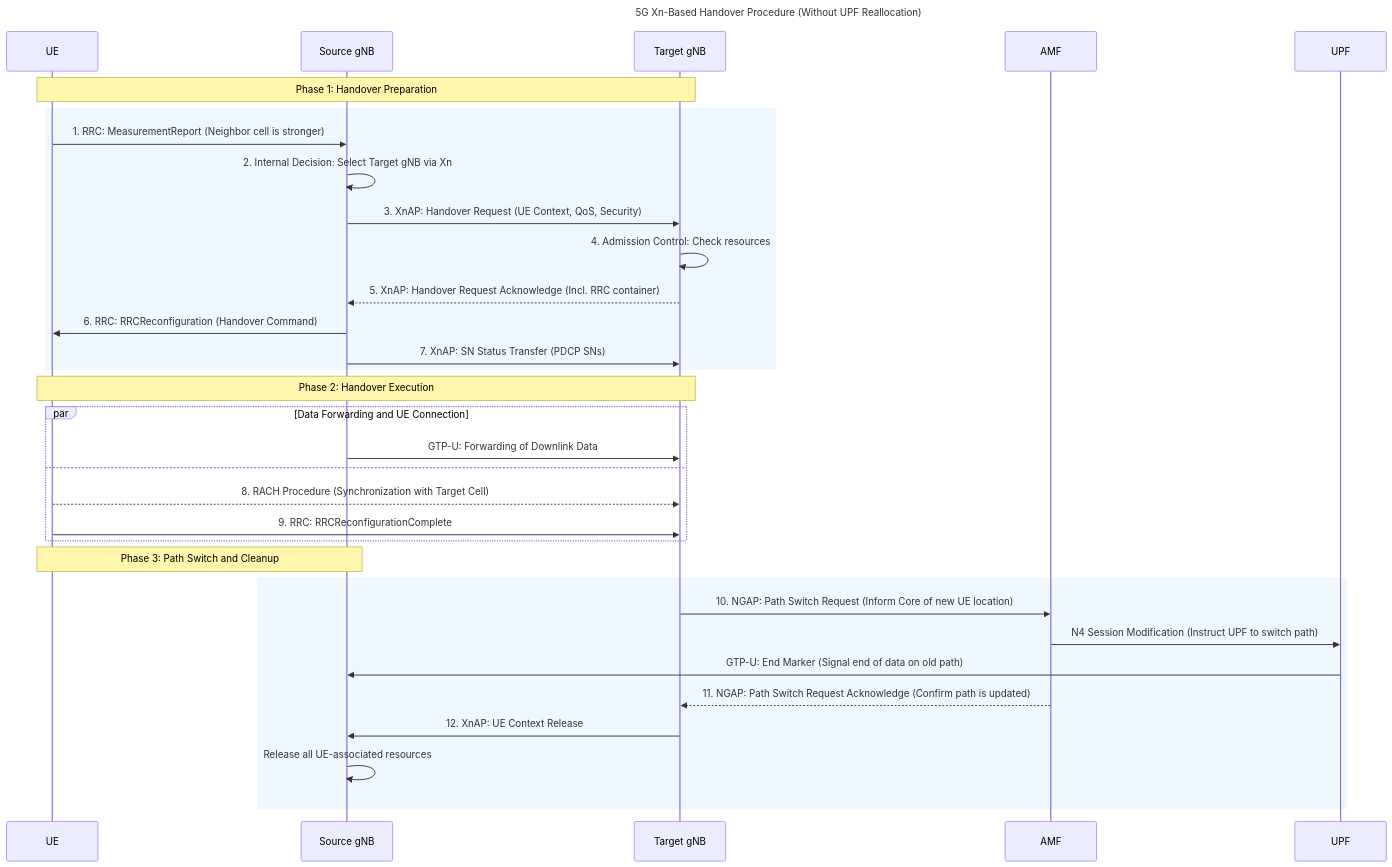
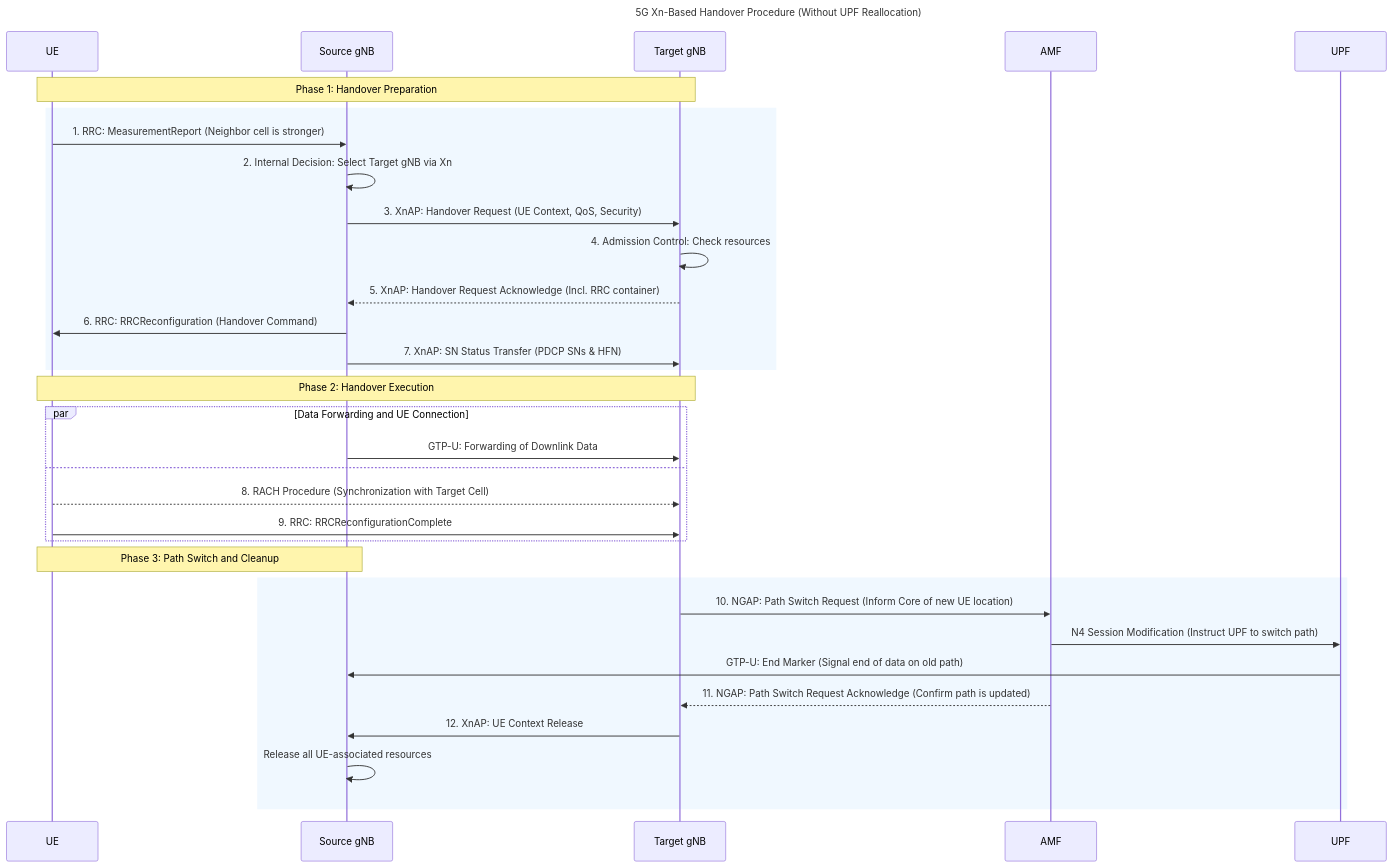
Before and after one commit to vishalcalsoftinc/IP-CAL-CIBN: the diagram in Xn-based Handover Procedure.md, drawn with Mermaid. The commit also changed other lines of this file and 50 other files, not shown here.

````diff
--- a/Xn-based Handover Procedure.md
+++ b/Xn-based Handover Procedure.md
@@ -37,66 +50,66 @@
 ```mermaid
 sequenceDiagram
     participant UE
     participant Source gNB
     participant Target gNB
     participant AMF
     participant UPF
 
     title 5G Xn-Based Handover Procedure (Without UPF Reallocation)
 
     %% Phase 1: Preparation
     Note over UE, Target gNB: Phase 1: Handover Preparation
     
     rect rgb(240, 248, 255)
         %% Step 1: Measurement Reporting
         UE->>Source gNB: 1. RRC: MeasurementReport (Neighbor cell is stronger)
         
         %% Step 2: Handover Decision
         Source gNB->>Source gNB: 2. Internal Decision: Select Target gNB via Xn
         
         %% Step 3: Handover Request
         Source gNB->>Target gNB: 3. XnAP: Handover Request (UE Context, QoS, Security)
         
         %% Step 4 & 5: Admission Control and Acknowledgment
         Target gNB->>Target gNB: 4. Admission Control: Check resources
         Target gNB-->>Source gNB: 5. XnAP: Handover Request Acknowledge (Incl. RRC container)
         
         %% Step 6: Handover Command
         Source gNB->>UE: 6. RRC: RRCReconfiguration (Handover Command)
         
         %% Step 7: Data Forwarding Preparation
-        Source gNB->>Target gNB: 7. XnAP: SN Status Transfer (PDCP SNs)
+        Source gNB->>Target gNB: 7. XnAP: SN Status Transfer (PDCP SNs & HFN)
     end
     
     %% Phase 2: Execution
     Note over UE, Target gNB: Phase 2: Handover Execution
     
     par Data Forwarding and UE Connection
         Source gNB->>Target gNB: GTP-U: Forwarding of Downlink Data
     and
         %% Step 8: UE Access to Target Cell
         UE-->>Target gNB: 8. RACH Procedure (Synchronization with Target Cell)
         
         %% Step 9: Handover Confirmation
         UE->>Target gNB: 9. RRC: RRCReconfigurationComplete
     end
 
     %% Phase 3: Completion
     Note over UE, Source gNB: Phase 3: Path Switch and Cleanup
 
     rect rgb(240, 248, 255)
         %% Step 10: Path Switch Request
         Target gNB->>AMF: 10. NGAP: Path Switch Request (Inform Core of new UE location)
         
         %% Core Network Path Update
         AMF->>UPF: N4 Session Modification (Instruct UPF to switch path)
         UPF->>Source gNB: GTP-U: End Marker (Signal end of data on old path)
         
         %% Step 11: Path Switch Acknowledge
         AMF-->>Target gNB: 11. NGAP: Path Switch Request Acknowledge (Confirm path is updated)
         
         %% Step 12: Release Resources
         Target gNB->>Source gNB: 12. XnAP: UE Context Release
         Source gNB->>Source gNB: Release all UE-associated resources
     end
 ```
````
